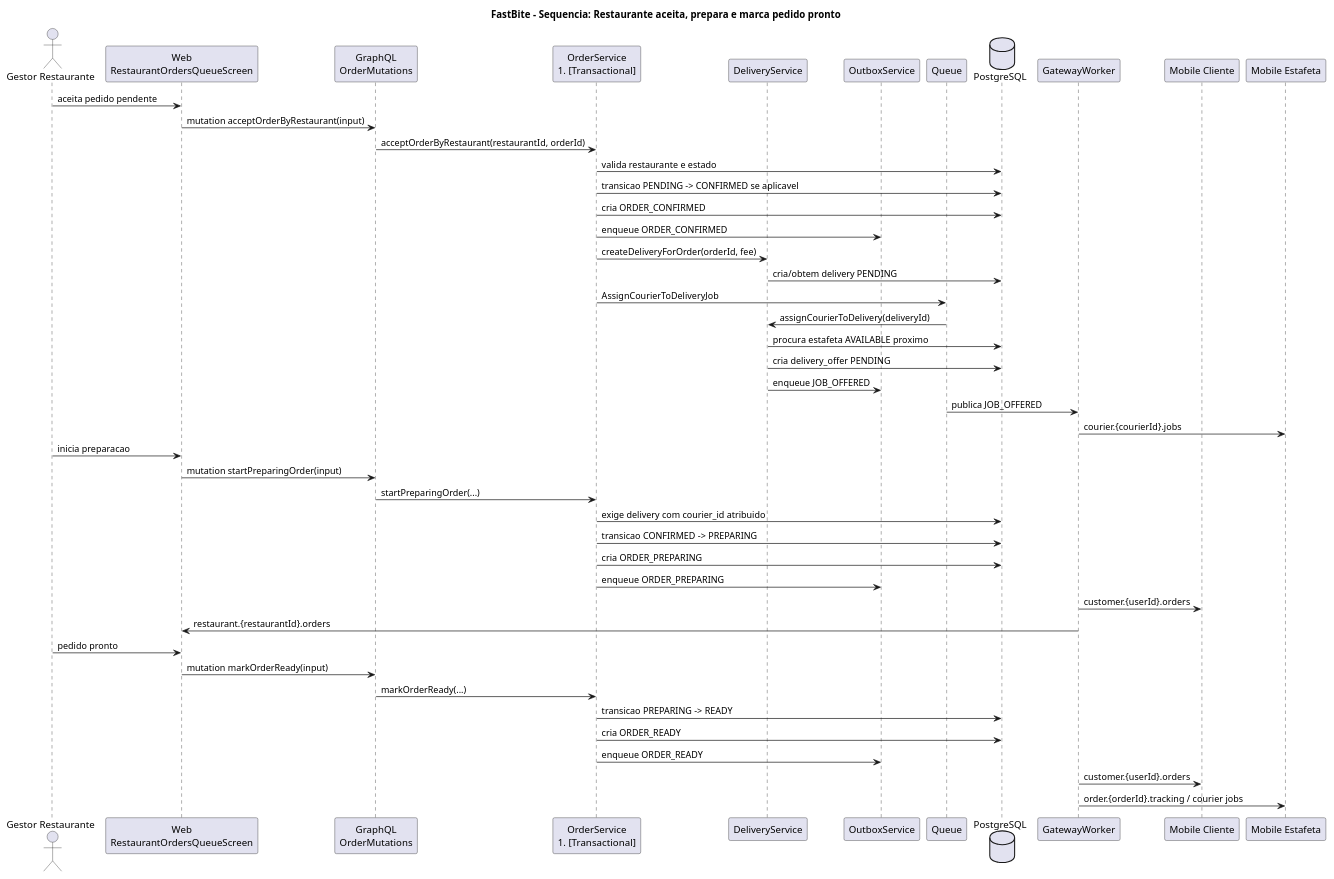
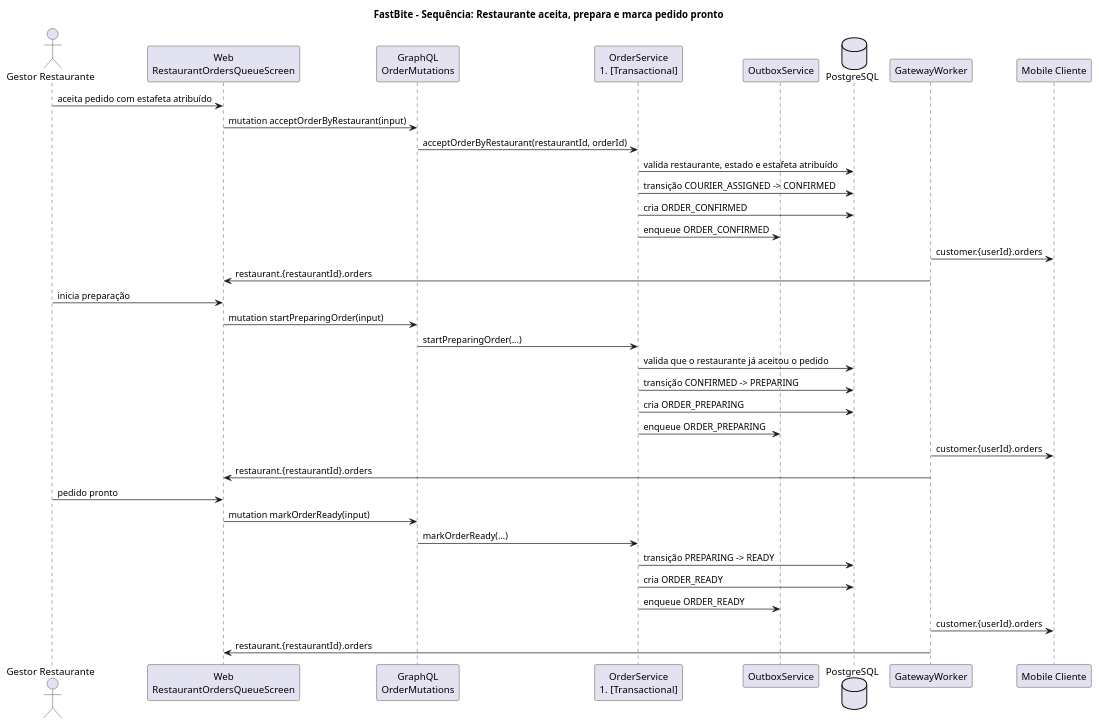
The diagram in Documentacao/docs novas/03b_sequencia_restaurante_preparacao.puml (DuarteMSousa/FastBite), drawn with PlantUML before and after one commit. The commit also changed 25 other files, not shown here.

First line of the commit message:
Add COURIER_ASSIGNED order state and flow

```diff
--- a/Documentacao/docs novas/03b_sequencia_restaurante_preparacao.puml
+++ b/Documentacao/docs novas/03b_sequencia_restaurante_preparacao.puml
@@ -1,54 +1,43 @@
 @startuml FastBite_Seq_Restaurante_Preparacao
-title FastBite - Sequencia: Restaurante aceita, prepara e marca pedido pronto
+title FastBite - Sequência: Restaurante aceita, prepara e marca pedido pronto
 
 skinparam shadowing false
 actor "Gestor Restaurante" as Manager
 participant "Web\nRestaurantOrdersQueueScreen" as Web
 participant "GraphQL\nOrderMutations" as GQL
 participant "OrderService\n#[Transactional]" as OrderSvc
-participant "DeliveryService" as DeliverySvc
 participant "OutboxService" as Outbox
-participant "Queue" as Queue
 database "PostgreSQL" as DB
 participant "GatewayWorker" as GW
 participant "Mobile Cliente" as Customer
-participant "Mobile Estafeta" as Courier
 
-Manager -> Web: aceita pedido pendente
+Manager -> Web: aceita pedido com estafeta atribuído
 Web -> GQL: mutation acceptOrderByRestaurant(input)
 GQL -> OrderSvc: acceptOrderByRestaurant(restaurantId, orderId)
-OrderSvc -> DB: valida restaurante e estado
-OrderSvc -> DB: transicao PENDING -> CONFIRMED se aplicavel
+OrderSvc -> DB: valida restaurante, estado e estafeta atribuído
+OrderSvc -> DB: transição COURIER_ASSIGNED -> CONFIRMED
 OrderSvc -> DB: cria ORDER_CONFIRMED
 OrderSvc -> Outbox: enqueue ORDER_CONFIRMED
-OrderSvc -> DeliverySvc: createDeliveryForOrder(orderId, fee)
-DeliverySvc -> DB: cria/obtem delivery PENDING
-OrderSvc -> Queue: AssignCourierToDeliveryJob
+GW -> Customer: customer.{userId}.orders
+GW -> Web: restaurant.{restaurantId}.orders
 
-Queue -> DeliverySvc: assignCourierToDelivery(deliveryId)
-DeliverySvc -> DB: procura estafeta AVAILABLE proximo
-DeliverySvc -> DB: cria delivery_offer PENDING
-DeliverySvc -> Outbox: enqueue JOB_OFFERED
-Queue -> GW: publica JOB_OFFERED
-GW -> Courier: courier.{courierId}.jobs
-
-Manager -> Web: inicia preparacao
+Manager -> Web: inicia preparação
 Web -> GQL: mutation startPreparingOrder(input)
 GQL -> OrderSvc: startPreparingOrder(...)
-OrderSvc -> DB: exige delivery com courier_id atribuido
-OrderSvc -> DB: transicao CONFIRMED -> PREPARING
+OrderSvc -> DB: valida que o restaurante já aceitou o pedido
+OrderSvc -> DB: transição CONFIRMED -> PREPARING
 OrderSvc -> DB: cria ORDER_PREPARING
 OrderSvc -> Outbox: enqueue ORDER_PREPARING
 GW -> Customer: customer.{userId}.orders
 GW -> Web: restaurant.{restaurantId}.orders
 
 Manager -> Web: pedido pronto
 Web -> GQL: mutation markOrderReady(input)
 GQL -> OrderSvc: markOrderReady(...)
-OrderSvc -> DB: transicao PREPARING -> READY
+OrderSvc -> DB: transição PREPARING -> READY
 OrderSvc -> DB: cria ORDER_READY
 OrderSvc -> Outbox: enqueue ORDER_READY
 GW -> Customer: customer.{userId}.orders
-GW -> Courier: order.{orderId}.tracking / courier jobs
+GW -> Web: restaurant.{restaurantId}.orders
 
 @enduml
```
